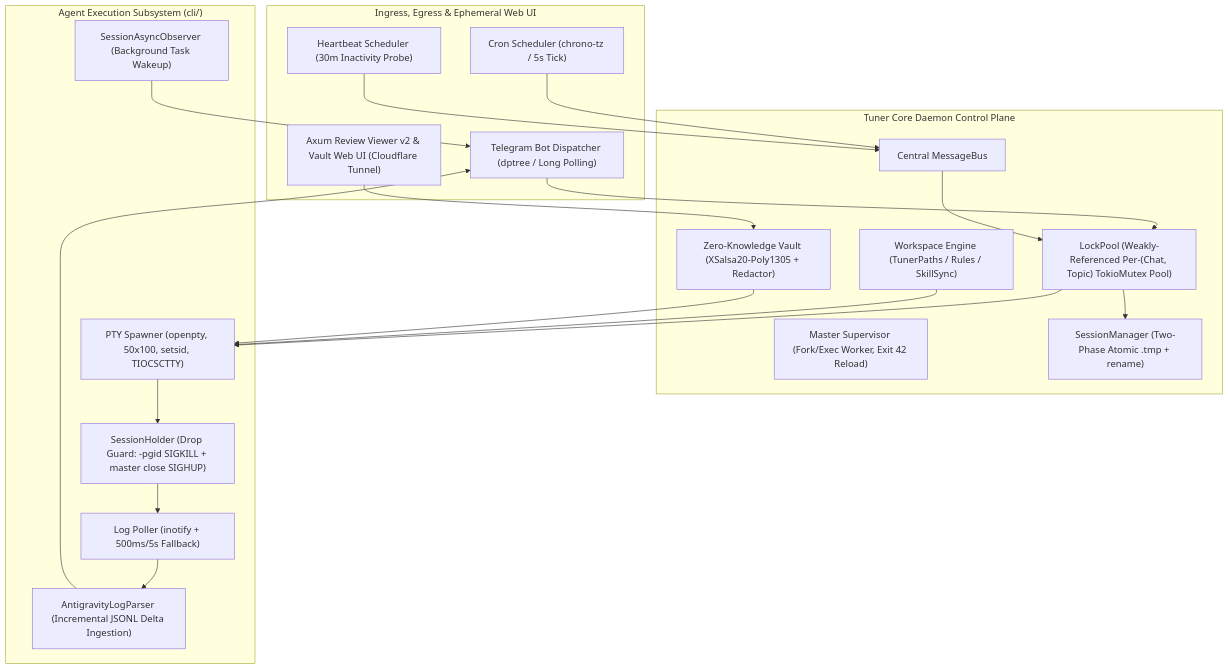
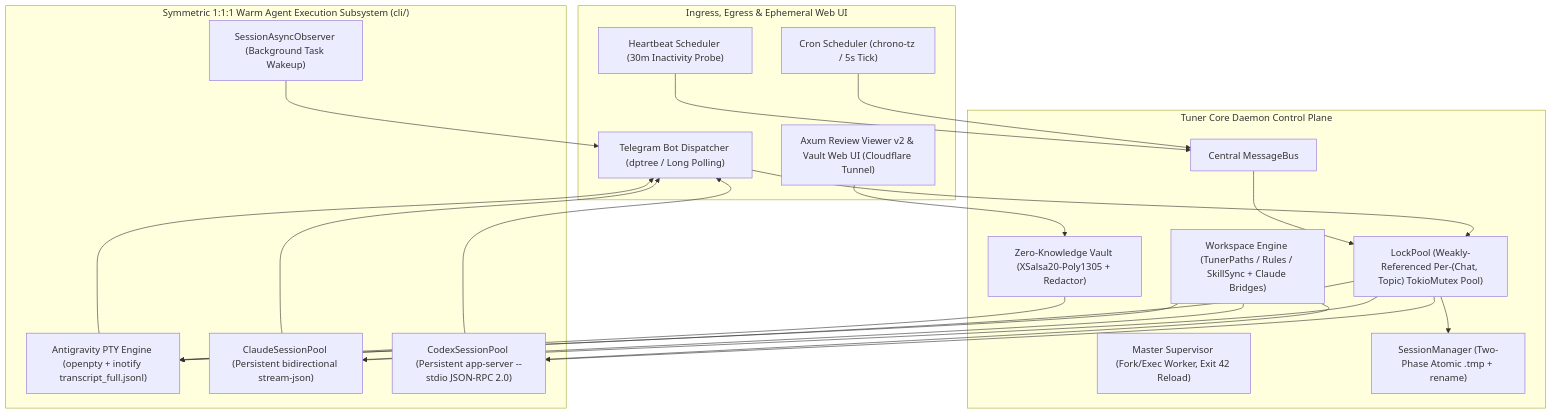
The diagram in ARCHITECTURE.md (imwoo90/tuner), drawn with Mermaid before and after one commit. The commit also changed other lines of this file and 44 other files, not shown here.

Commit message:
feat(cli): symmetric 1:1:1 persistent warm multi-provider engine (v0.2.0)

````diff
--- a/ARCHITECTURE.md
+++ b/ARCHITECTURE.md
@@ -20,41 +24,43 @@
 ```mermaid
 graph TD
     subgraph Transports["Ingress, Egress & Ephemeral Web UI"]
         TG["Telegram Bot Dispatcher (dptree / Long Polling)"]
         RV["Axum Review Viewer v2 & Vault Web UI (Cloudflare Tunnel)"]
         CronSched["Cron Scheduler (chrono-tz / 5s Tick)"]
         HbSched["Heartbeat Scheduler (30m Inactivity Probe)"]
     end
 
     subgraph CoreDaemon["Tuner Core Daemon Control Plane"]
         Supervisor["Master Supervisor (Fork/Exec Worker, Exit 42 Reload)"]
         Bus["Central MessageBus"]
         LockPool["LockPool (Weakly-Referenced Per-(Chat, Topic) TokioMutex Pool)"]
         SessionMgr["SessionManager (Two-Phase Atomic .tmp + rename)"]
-        WorkspaceMgr["Workspace Engine (TunerPaths / Rules / SkillSync)"]
+        WorkspaceMgr["Workspace Engine (TunerPaths / Rules / SkillSync + Claude Bridges)"]
         VaultStore["Zero-Knowledge Vault (XSalsa20-Poly1305 + Redactor)"]
     end
 
-    subgraph AgentRuntime["Agent Execution Subsystem (cli/)"]
-        PTY["PTY Spawner (openpty, 50x100, setsid, TIOCSCTTY)"]
-        Holder["SessionHolder (Drop Guard: -pgid SIGKILL + master close SIGHUP)"]
-        Poller["Log Poller (inotify + 500ms/5s Fallback)"]
-        Parser["AntigravityLogParser (Incremental JSONL Delta Ingestion)"]
+    subgraph AgentRuntime["Symmetric 1:1:1 Warm Agent Execution Subsystem (cli/)"]
+        PTY["Antigravity PTY Engine (openpty + inotify transcript_full.jsonl)"]
+        ClaudePool["ClaudeSessionPool (Persistent bidirectional stream-json)"]
+        CodexPool["CodexSessionPool (Persistent app-server --stdio JSON-RPC 2.0)"]
         AsyncObs["SessionAsyncObserver (Background Task Wakeup)"]
     end
 
     TG --> LockPool
     RV --> VaultStore
     CronSched --> Bus
     HbSched --> Bus
     Bus --> LockPool
     LockPool --> SessionMgr
     LockPool --> PTY
+    LockPool --> ClaudePool
+    LockPool --> CodexPool
     WorkspaceMgr --> PTY
+    WorkspaceMgr --> ClaudePool
+    WorkspaceMgr --> CodexPool
     VaultStore --> PTY
-    PTY --> Holder
-    Holder --> Poller
-    Poller --> Parser
-    Parser --> TG
+    PTY --> TG
+    ClaudePool --> TG
+    CodexPool --> TG
     AsyncObs --> TG
 ```
````
